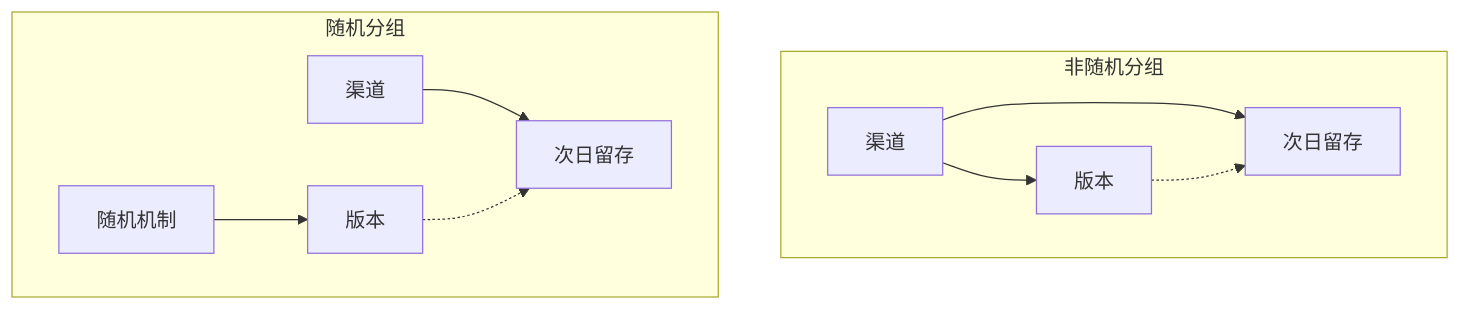
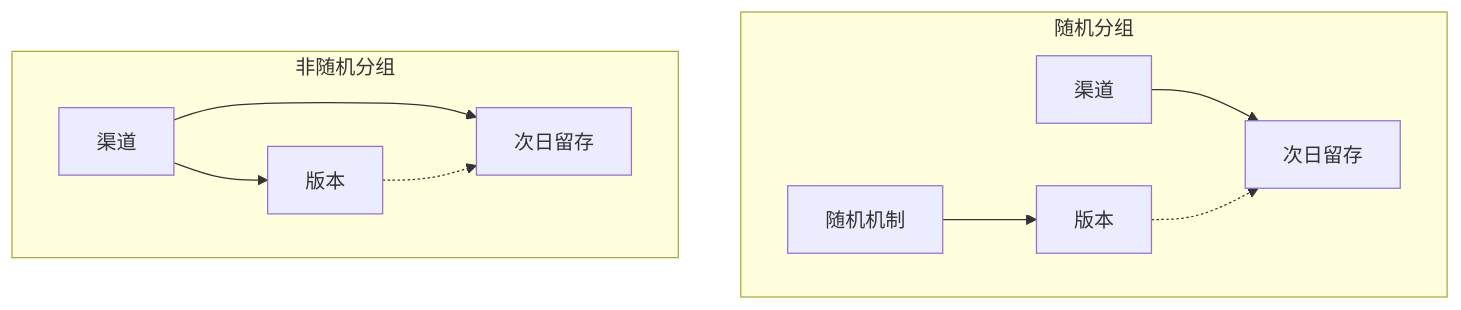
Before and after one commit to wenxin195/wenxin195.github.io: the third of 4 diagrams in _posts/ab test/2026-10-11-what-is-ab-testing.md, drawn with Mermaid. The commit also changed other lines of this file and 1 other file, not shown here.

````diff
--- a/_posts/ab test/2026-10-11-what-is-ab-testing.md
+++ b/_posts/ab test/2026-10-11-what-is-ab-testing.md
@@ -157,13 +157,16 @@
 ```mermaid
 flowchart TB
+  subgraph R["随机分组"]
+    direction LR
+    Z2["随机机制"] --> T2["版本"]
+    C2["渠道"] --> Y2["次日留存"]
+    T2 -.-> Y2
+  end
+
   subgraph N["非随机分组"]
+    direction LR
     C1["渠道"] --> T1["版本"]
     C1 --> Y1["次日留存"]
     T1 -.-> Y1
   end
-  subgraph R["随机分组"]
-    Z2["随机机制"] --> T2["版本"]
-    C2["渠道"] --> Y2["次日留存"]
-    T2 -.-> Y2
-  end
 ```
````
